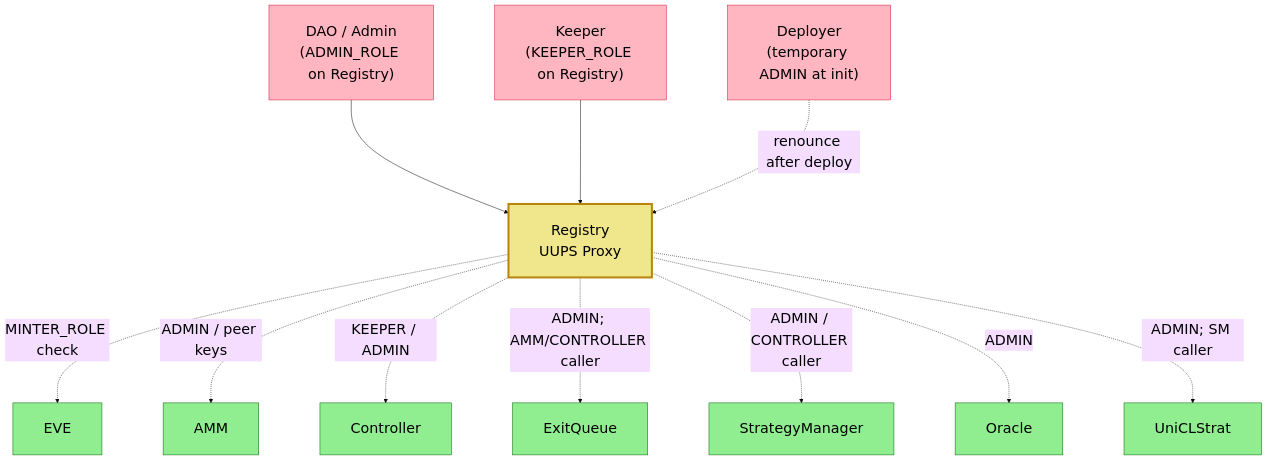
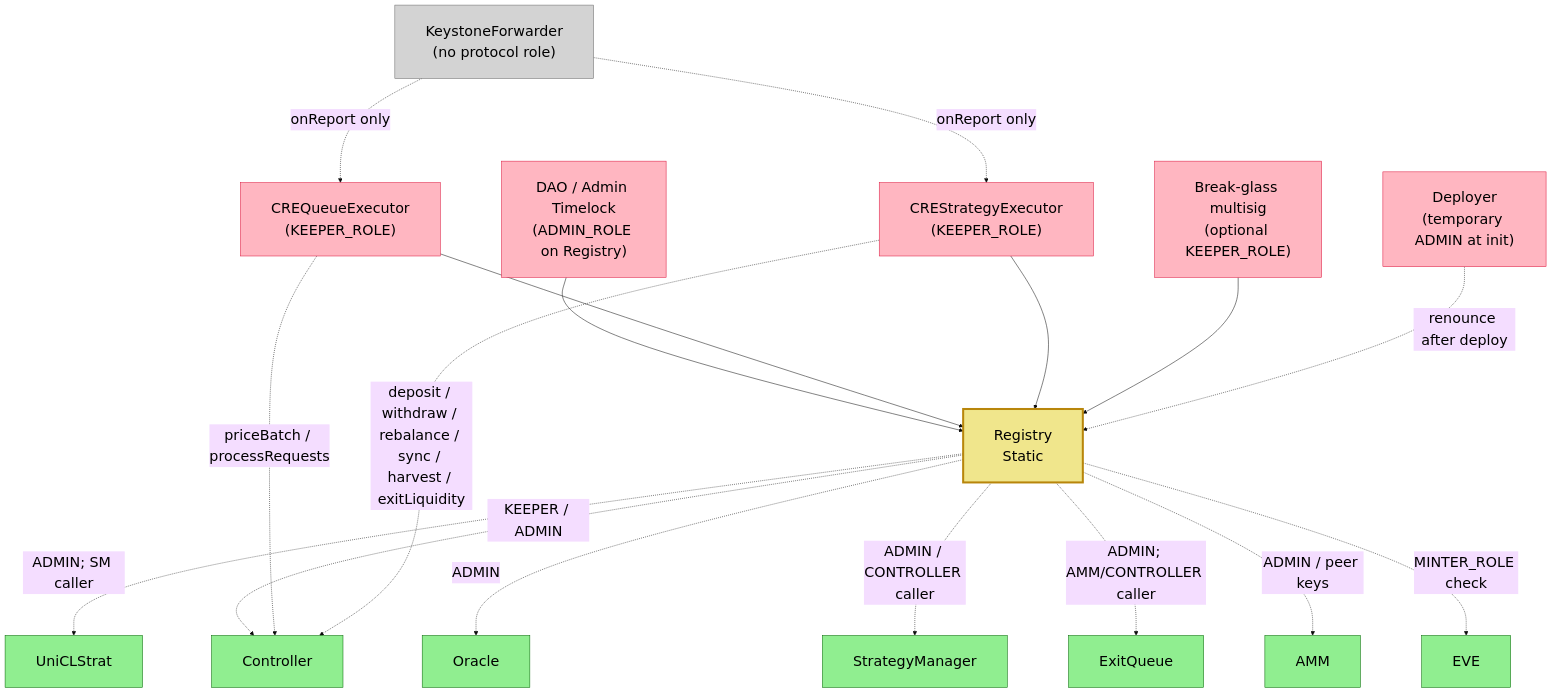
Before and after one commit to everstrat-xyz/contracts: the diagram in mermaid/access-control-diagram.md, drawn with Mermaid. The commit also changed other lines of this file and 20 other files, not shown here.

````diff
--- a/mermaid/access-control-diagram.md
+++ b/mermaid/access-control-diagram.md
@@ -7,37 +7,48 @@
 ```mermaid
 %%{init: {'theme':'base', 'themeVariables': { 'fontSize': '28px', 'primaryTextColor': '#000000'}, 'flowchart': {'nodeSpacing': 120, 'rankSpacing': 120, 'padding': 30}}}%%
 graph TB
-    DAO["DAO / Admin<br/>(ADMIN_ROLE on Registry)"]
-    Keeper["Keeper<br/>(KEEPER_ROLE on Registry)"]
+    DAO["DAO / Admin Timelock<br/>(ADMIN_ROLE on Registry)"]
+    CREQueue["CREQueueExecutor<br/>(KEEPER_ROLE)"]
+    CREStrategy["CREStrategyExecutor<br/>(KEEPER_ROLE)"]
+    BreakGlass["Break-glass multisig<br/>(optional KEEPER_ROLE)"]
     Deployer["Deployer<br/>(temporary ADMIN at init)"]
+    Keystone["KeystoneForwarder<br/>(no protocol role)"]
     
-    Registry["Registry<br/>UUPS Proxy"]
+    Registry["Registry<br/>Static"]
     
     EVE["EVE"]
     AMM["AMM"]
     Controller["Controller"]
     ExitQueue["ExitQueue"]
     StrategyManager["StrategyManager"]
     Oracle["Oracle"]
     UniCLStrat["UniCLStrat"]
     
     DAO --> Registry
-    Keeper --> Registry
+    CREQueue --> Registry
+    CREStrategy --> Registry
+    BreakGlass --> Registry
     Deployer -.->|"renounce after deploy"| Registry
+    Keystone -.->|"onReport only"| CREQueue
+    Keystone -.->|"onReport only"| CREStrategy
     
     Registry -.->|"MINTER_ROLE check"| EVE
     Registry -.->|"ADMIN / peer keys"| AMM
     Registry -.->|"KEEPER / ADMIN"| Controller
     Registry -.->|"ADMIN; AMM/CONTROLLER caller"| ExitQueue
     Registry -.->|"ADMIN / CONTROLLER caller"| StrategyManager
     Registry -.->|"ADMIN"| Oracle
     Registry -.->|"ADMIN; SM caller"| UniCLStrat
+    CREQueue -.->|"priceBatch / processRequests"| Controller
+    CREStrategy -.->|"deposit / withdraw / rebalance / sync / harvest / exitLiquidity"| Controller
     
     classDef role fill:#FFB6C1,stroke:#DC143C
     classDef hub fill:#F0E68C,stroke:#B8860B,stroke-width:4px
     classDef contract fill:#90EE90,stroke:#006400
+    classDef external fill:#D3D3D3,stroke:#696969
     
-    class DAO,Keeper,Deployer role
+    class DAO,CREQueue,CREStrategy,BreakGlass,Deployer role
     class Registry hub
     class EVE,AMM,Controller,ExitQueue,StrategyManager,Oracle,UniCLStrat contract
+    class Keystone external
 ```
````
